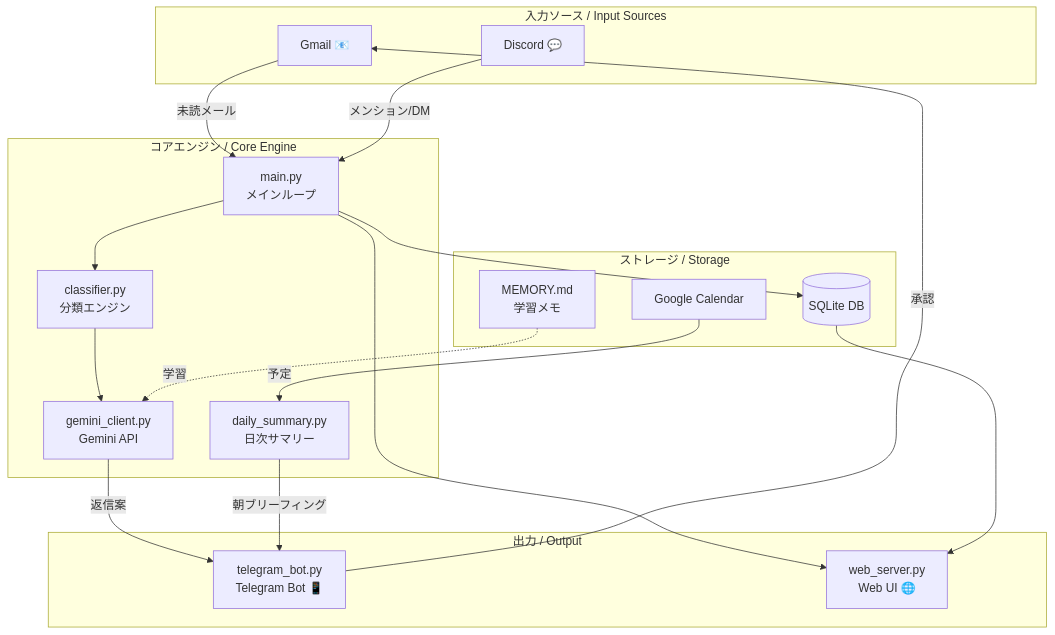
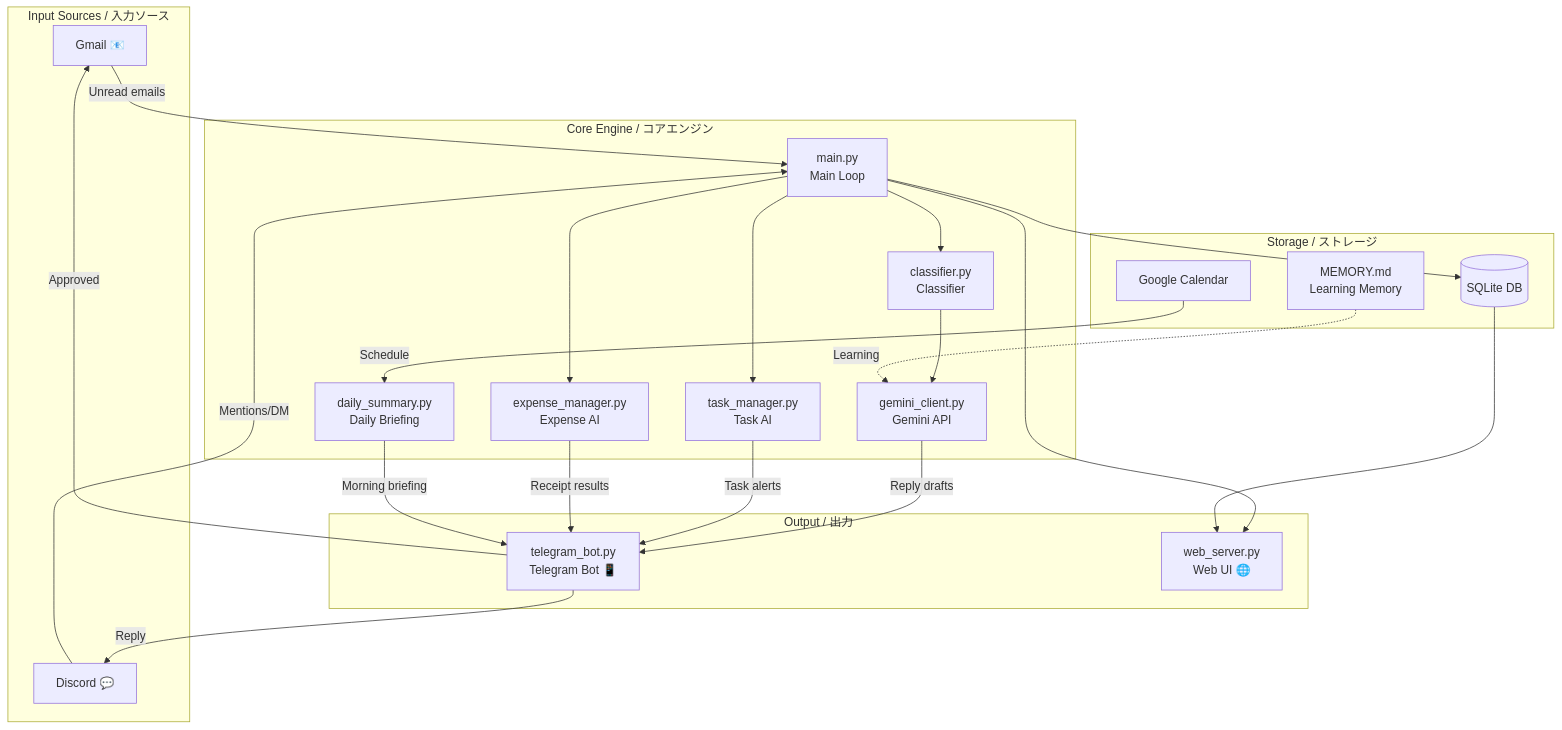
Before and after one commit to mayonaka-ratori/myserika: the first of 2 diagrams in README.md, drawn with Mermaid. The commit also changed other lines of this file, not shown here.

````diff
--- a/README.md
+++ b/README.md
@@ -27,38 +29,45 @@
 ```mermaid
 graph TB
-    subgraph Sources["入力ソース / Input Sources"]
+    subgraph Sources["Input Sources / 入力ソース"]
         GM[Gmail 📧]
         DC[Discord 💬]
     end
 
-    subgraph Core["コアエンジン / Core Engine"]
-        ML[main.py<br>メインループ]
-        CL[classifier.py<br>分類エンジン]
+    subgraph Core["Core Engine / コアエンジン"]
+        ML[main.py<br>Main Loop]
+        CL[classifier.py<br>Classifier]
         GC[gemini_client.py<br>Gemini API]
-        DS[daily_summary.py<br>日次サマリー]
+        TM[task_manager.py<br>Task AI]
+        EM[expense_manager.py<br>Expense AI]
+        DS[daily_summary.py<br>Daily Briefing]
     end
 
-    subgraph Storage["ストレージ / Storage"]
+    subgraph Storage["Storage / ストレージ"]
         DB[(SQLite DB)]
-        MEM[MEMORY.md<br>学習メモ]
+        MEM[MEMORY.md<br>Learning Memory]
         CAL[Google Calendar]
     end
 
-    subgraph Output["出力 / Output"]
+    subgraph Output["Output / 出力"]
         TG[telegram_bot.py<br>Telegram Bot 📱]
         WEB[web_server.py<br>Web UI 🌐]
     end
 
-    GM -->|未読メール| ML
-    DC -->|メンション/DM| ML
+    GM -->|Unread emails| ML
+    DC -->|Mentions/DM| ML
     ML --> CL
     CL --> GC
-    GC -->|返信案| TG
-    DS -->|朝ブリーフィング| TG
-    CAL -->|予定| DS
+    ML --> TM
+    ML --> EM
+    GC -->|Reply drafts| TG
+    TM -->|Task alerts| TG
+    EM -->|Receipt results| TG
+    DS -->|Morning briefing| TG
+    CAL -->|Schedule| DS
     ML --> DB
-    TG -->|承認| GM
+    TG -->|Approved| GM
+    TG -->|Reply| DC
     ML --> WEB
     DB --> WEB
-    MEM -.->|学習| GC
+    MEM -.->|Learning| GC
 ```
````
